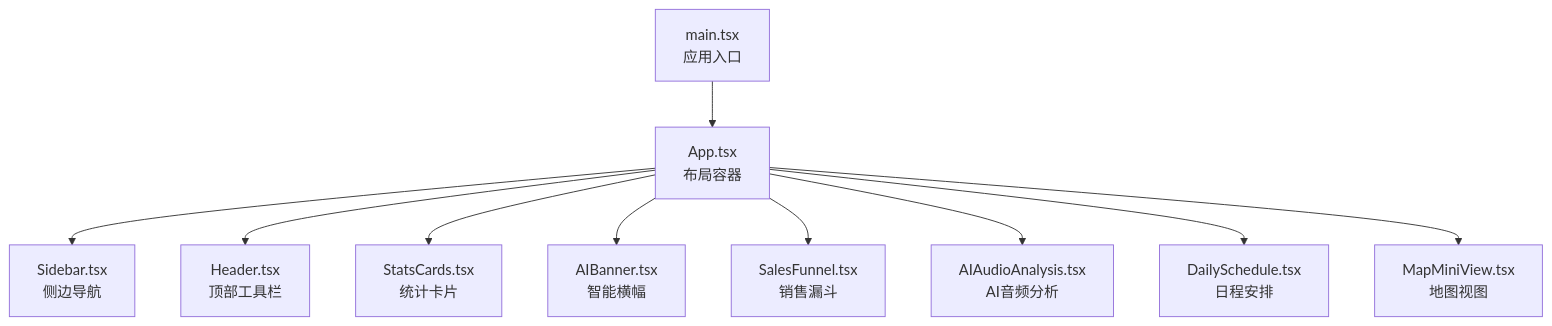
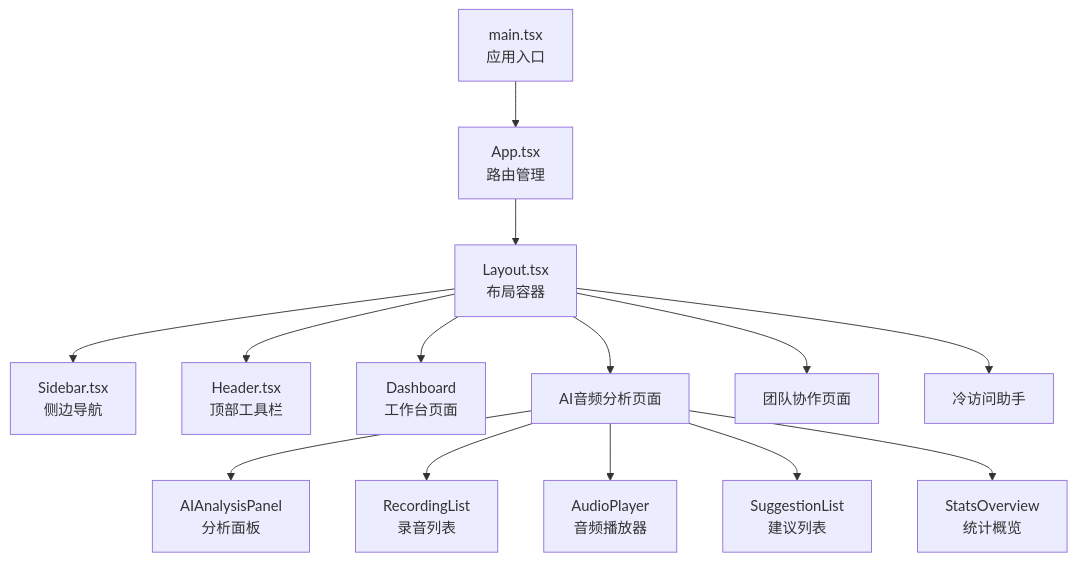
The first of 6 diagrams in .qoder/repowiki/zh/content/核心组件/核心组件.md (xianjianshenqu/SalesFlow-CRM), drawn with Mermaid before and after one commit. The commit also changed other lines of this file and 17 other files, not shown here.

````diff
--- a/.qoder/repowiki/zh/content/核心组件/核心组件.md
+++ b/.qoder/repowiki/zh/content/核心组件/核心组件.md
@@ -38,12 +43,16 @@
 ```mermaid
 graph TB
-A["main.tsx<br/>应用入口"] --> B["App.tsx<br/>布局容器"]
-B --> C["Sidebar.tsx<br/>侧边导航"]
-B --> D["Header.tsx<br/>顶部工具栏"]
-B --> E["StatsCards.tsx<br/>统计卡片"]
-B --> F["AIBanner.tsx<br/>智能横幅"]
-B --> G["SalesFunnel.tsx<br/>销售漏斗"]
-B --> H["AIAudioAnalysis.tsx<br/>AI音频分析"]
-B --> I["DailySchedule.tsx<br/>日程安排"]
-B --> J["MapMiniView.tsx<br/>地图视图"]
+A["main.tsx<br/>应用入口"] --> B["App.tsx<br/>路由管理"]
+B --> C["Layout.tsx<br/>布局容器"]
+C --> D["Sidebar.tsx<br/>侧边导航"]
+C --> E["Header.tsx<br/>顶部工具栏"]
+C --> F["Dashboard<br/>工作台页面"]
+C --> G["AI音频分析页面"]
+C --> H["团队协作页面"]
+C --> I["冷访问助手"]
+G --> J["AIAnalysisPanel<br/>分析面板"]
+G --> K["RecordingList<br/>录音列表"]
+G --> L["AudioPlayer<br/>音频播放器"]
+G --> M["SuggestionList<br/>建议列表"]
+G --> N["StatsOverview<br/>统计概览"]
 ```
````
